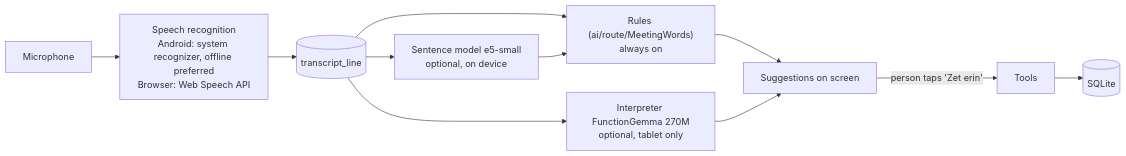
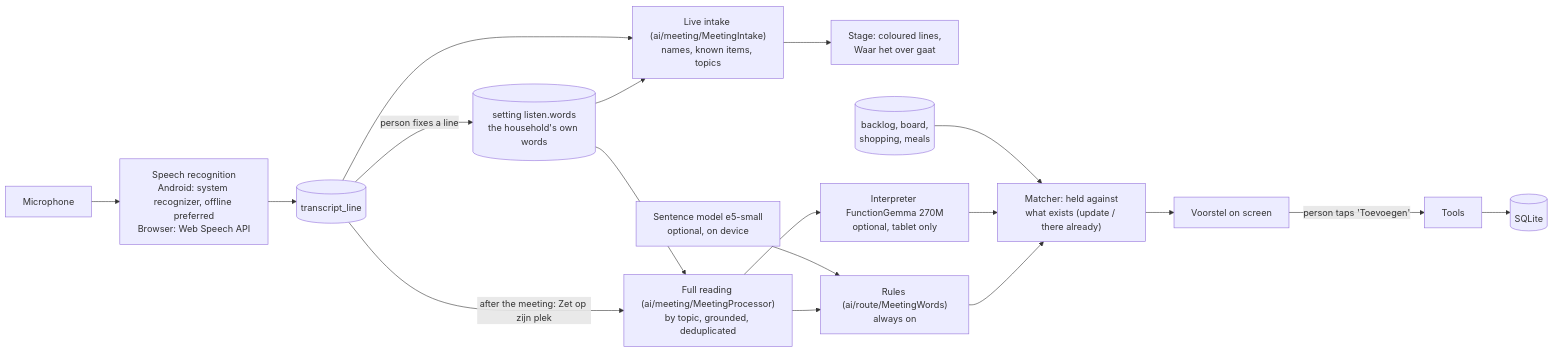
Before and after one commit to luka-psa/CSOD-API-openAI2.0: the seventh of 7 diagrams in docs/ARCHITECTURE.md, drawn with Mermaid. The commit also changed other lines of this file and 29 other files, not shown here.

````diff
--- a/docs/ARCHITECTURE.md
+++ b/docs/ARCHITECTURE.md
@@ -282,12 +282,19 @@
 ```mermaid
 flowchart LR
     MIC["Microphone"] --> SR["Speech recognition<br/>Android: system recognizer, offline preferred<br/>Browser: Web Speech API"]
     SR --> TL[("transcript_line")]
-    TL --> RULES["Rules (ai/route/MeetingWords)<br/>always on"]
-    TL --> SENSE["Sentence model e5-small<br/>optional, on device"]
-    TL --> INT["Interpreter FunctionGemma 270M<br/>optional, tablet only"]
-    RULES --> SUG["Suggestions on screen"]
-    SENSE --> RULES
-    INT --> SUG
-    SUG -->|"person taps 'Zet erin'"| TOOLS["Tools"] --> DB[("SQLite")]
+    WORDS[("setting listen.words<br/>the household's own words")] --> INTAKE
+    TL --> INTAKE["Live intake (ai/meeting/MeetingIntake)<br/>names, known items, topics"]
+    INTAKE --> STAGE["Stage: coloured lines,<br/>Waar het over gaat"]
+    TL -->|"after the meeting: Zet op zijn plek"| PROC["Full reading (ai/meeting/MeetingProcessor)<br/>by topic, grounded, deduplicated"]
+    WORDS --> PROC
+    PROC --> RULES["Rules (ai/route/MeetingWords)<br/>always on"]
+    SENSE["Sentence model e5-small<br/>optional, on device"] --> RULES
+    PROC --> INT["Interpreter FunctionGemma 270M<br/>optional, tablet only"]
+    RULES --> MATCH["Matcher: held against<br/>what exists (update / there already)"]
+    INT --> MATCH
+    DB2[("backlog, board,<br/>shopping, meals")] --> MATCH
+    MATCH --> SUG["Voorstel on screen"]
+    SUG -->|"person taps 'Toevoegen'"| TOOLS["Tools"] --> DB[("SQLite")]
+    TL -->|"person fixes a line"| WORDS
 ```
````
